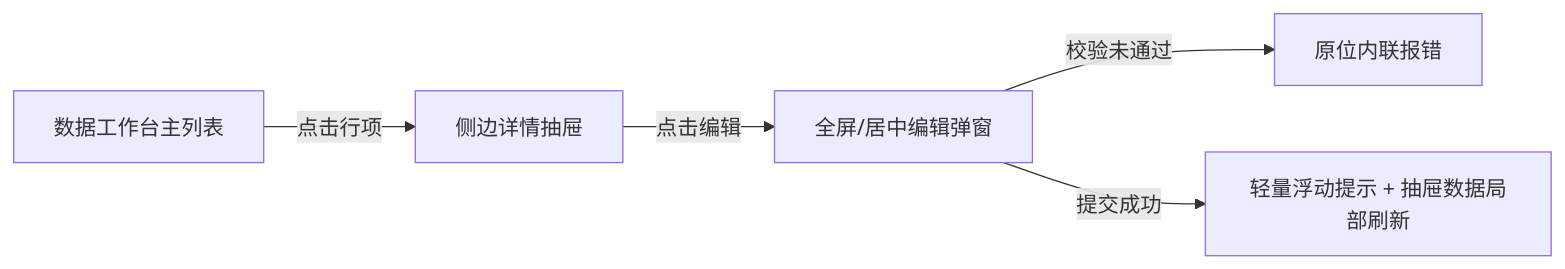
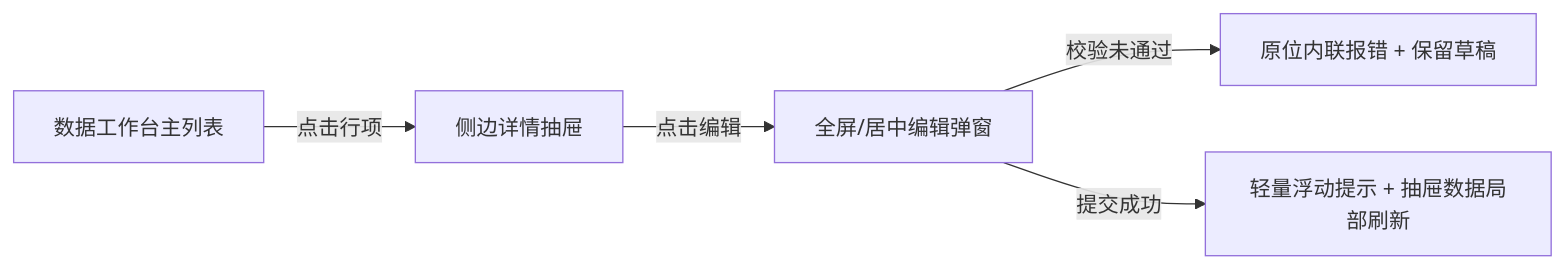
Before and after one commit to zhaoxuan-inside/hs-dev-skill: the third of 3 diagrams in references/product_design.md, drawn with Mermaid. The commit also changed other lines of this file and 10 other files, not shown here.

Commit message:
feat(product-design): upgrade stage-0 product discovery, UX laws, dual-track ASCII+Mermaid prototypes, and Gherkin DoD (v2.25)

````diff
--- a/references/product_design.md
+++ b/references/product_design.md
@@ -165,7 +199,7 @@
    ```mermaid
    flowchart LR
      List[数据工作台主列表] -->|点击行项| Drawer[侧边详情抽屉]
      Drawer -->|点击编辑| Modal[全屏/居中编辑弹窗]
-     Modal -->|校验未通过| InlineErr[原位内联报错]
+     Modal -->|校验未通过| InlineErr[原位内联报错 + 保留草稿]
      Modal -->|提交成功| Toast[轻量浮动提示 + 抽屉数据局部刷新]
    ```
````
